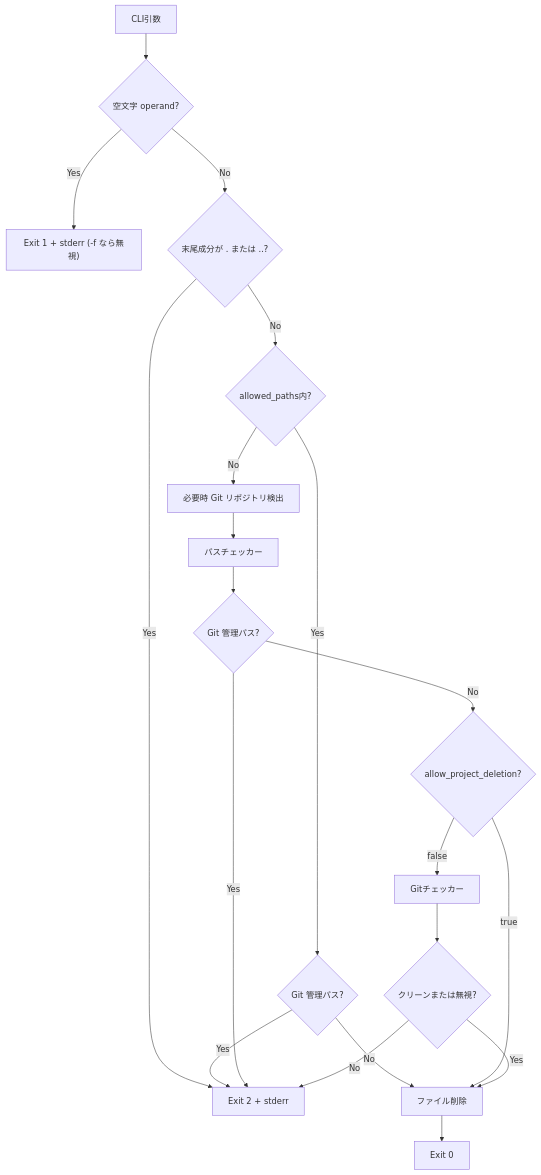
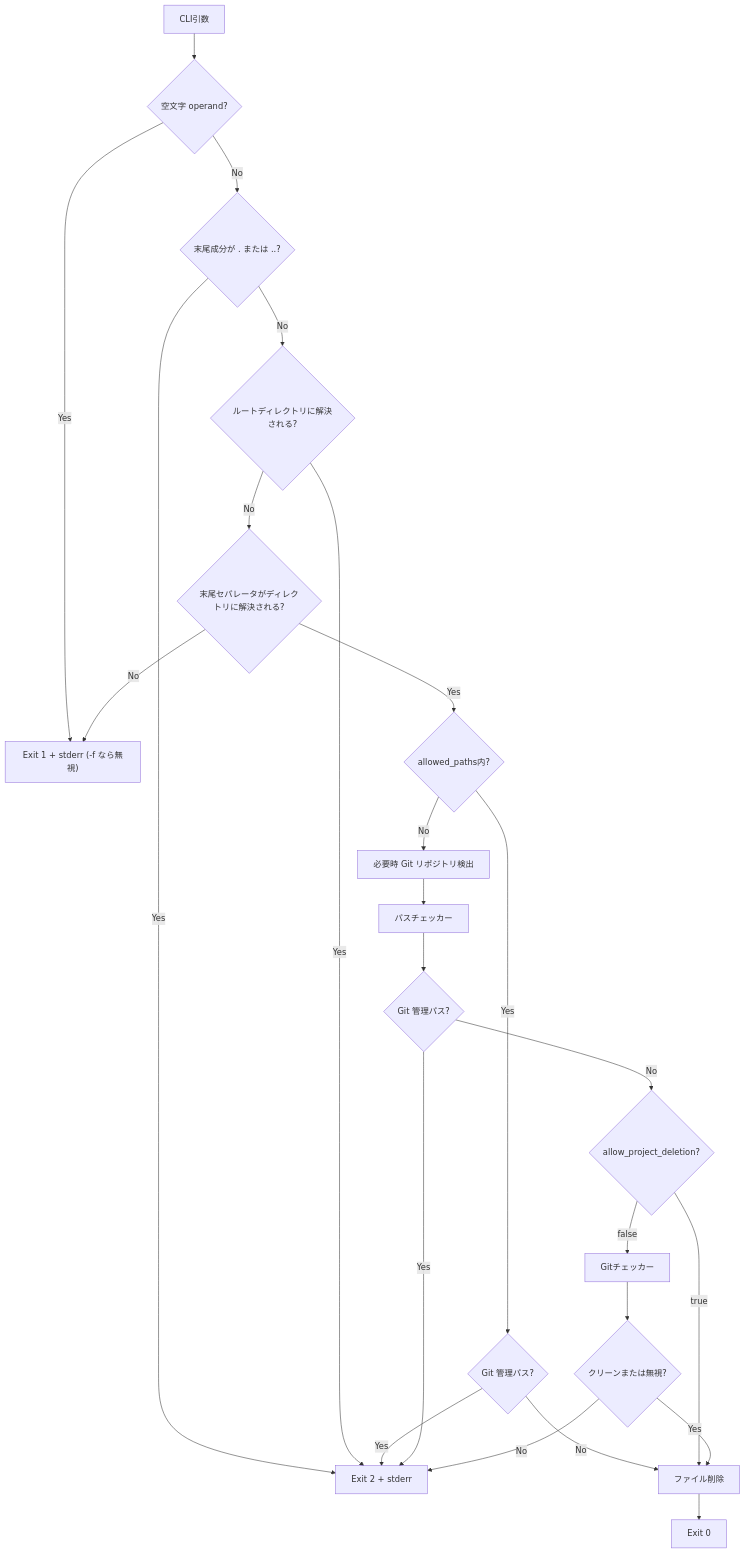
One commit to owayo/safe-rm changed the first of 3 diagrams in README.ja.md. Above: the diagram before and after it, drawn with Mermaid. The commit also changed other lines of this file and 8 other files, not shown here.

````diff
--- a/README.ja.md
+++ b/README.ja.md
@@ -186,22 +188,26 @@
 ```mermaid
 flowchart TB
     CLI[CLI引数] --> EmptyCheck{空文字 operand?}
     EmptyCheck -->|Yes| Exit1["Exit 1 + stderr (-f なら無視)"]
     EmptyCheck -->|No| DotCheck{末尾成分が . または ..?}
     DotCheck -->|Yes| Exit2[Exit 2 + stderr]
-    DotCheck -->|No| ConfigCheck{allowed_paths内?}
+    DotCheck -->|No| RootCheck{ルートディレクトリに解決される?}
+    RootCheck -->|Yes| Exit2
+    RootCheck -->|No| SlashCheck{末尾セパレータがディレクトリに解決される?}
+    SlashCheck -->|No| Exit1
+    SlashCheck -->|Yes| ConfigCheck{allowed_paths内?}
     ConfigCheck -->|Yes| AllowedGitMetaCheck{Git 管理パス?}
     AllowedGitMetaCheck -->|Yes| Exit2
     AllowedGitMetaCheck -->|No| Delete[ファイル削除]
     ConfigCheck -->|No| GitOpen[必要時 Git リポジトリ検出]
     GitOpen --> PathCheck[パスチェッカー]
     PathCheck --> GitMetaCheck{Git 管理パス?}
     GitMetaCheck -->|Yes| Exit2
     GitMetaCheck -->|No| ProjectCheck{allow_project_deletion?}
     ProjectCheck -->|true| Delete
     ProjectCheck -->|false| GitCheck[Gitチェッカー]
     GitCheck --> Result{クリーンまたは無視?}
     Result -->|Yes| Delete
     Result -->|No| Exit2
     Delete --> Exit0[Exit 0]
 ```
````
